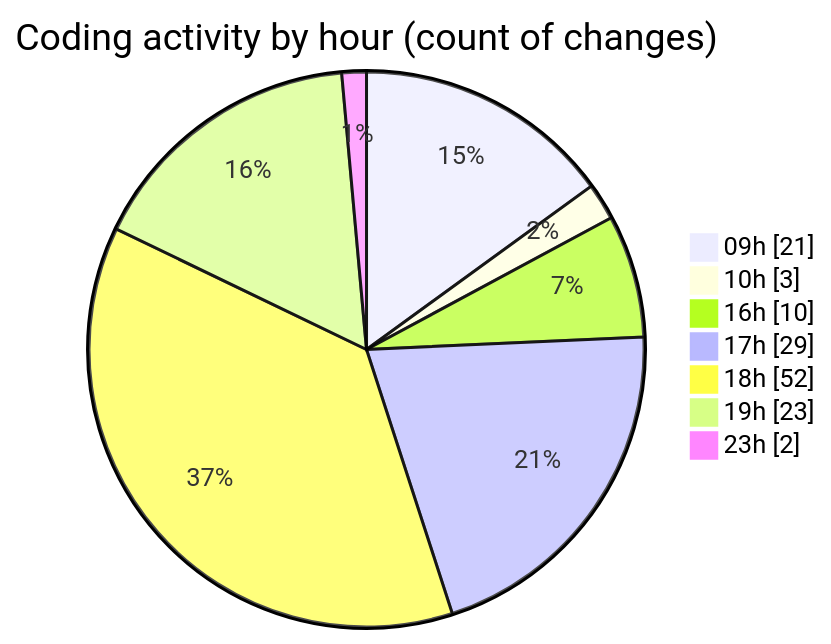
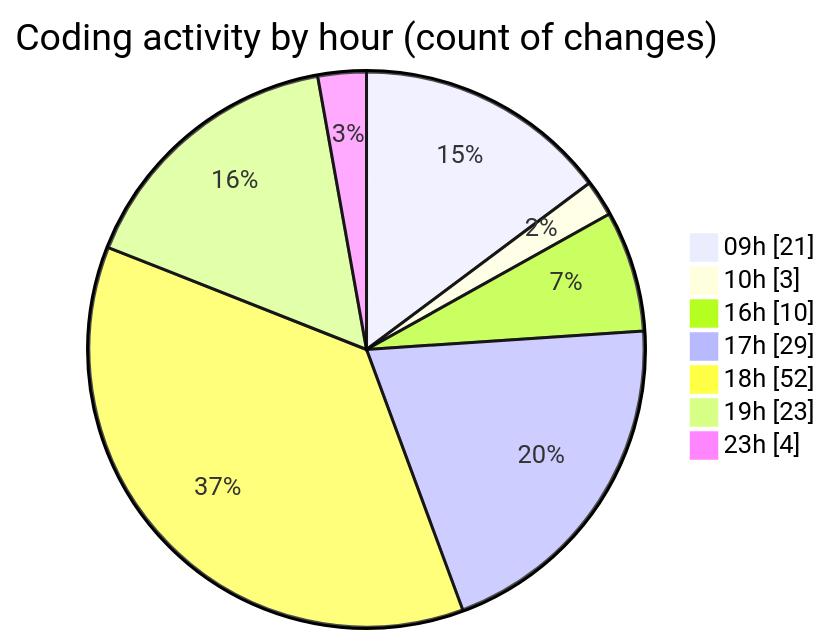
One commit to momahboobian/code-tracking changed the second of 2 diagrams in 2025-12-17/cda/README.md. Above: the diagram before and after it, drawn with Mermaid. The commit also changed other lines of this file and 1 other file, not shown here.

````diff
--- a/2025-12-17/cda/README.md
+++ b/2025-12-17/cda/README.md
@@ -68,11 +70,11 @@
 ```mermaid
 pie showData
 title Coding activity by hour (count of changes)
 "09h" : 21
 "10h" : 3
 "16h" : 10
 "17h" : 29
 "18h" : 52
 "19h" : 23
-"23h" : 2
+"23h" : 4
 ```
````
